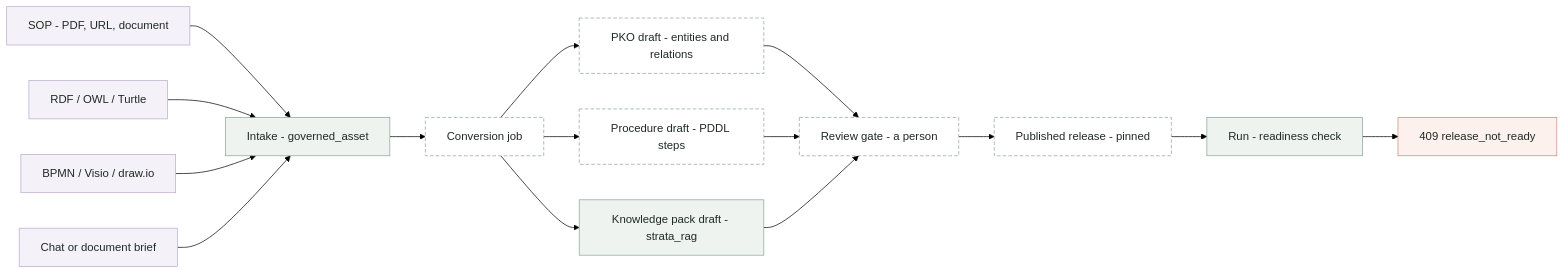
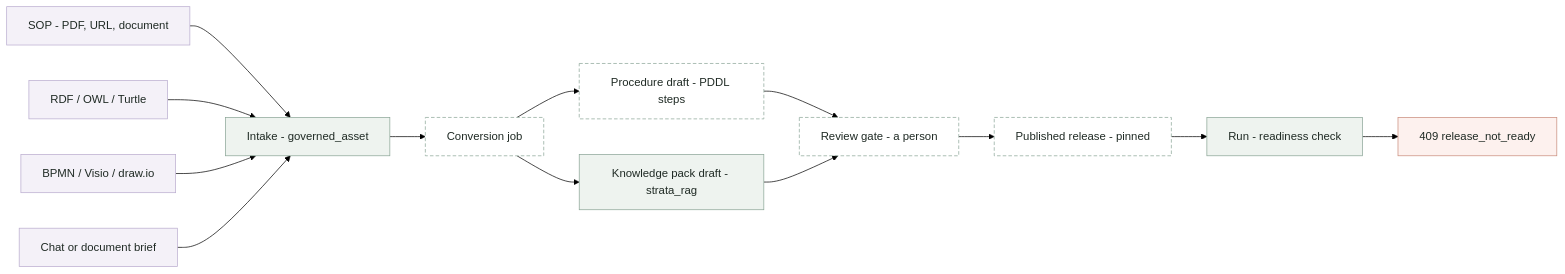
The diagram in docs/design/architecture/diagrams/knowledge-pipeline.mmd (nonagenticai/conveyor), drawn with Mermaid (forest theme) before and after one commit. The commit also changed 28 other files, not shown here.

```diff
--- a/docs/design/architecture/diagrams/knowledge-pipeline.mmd
+++ b/docs/design/architecture/diagrams/knowledge-pipeline.mmd
@@ -1,32 +1,29 @@
 flowchart LR
   S1["SOP - PDF, URL, document"]:::src
   S2["RDF / OWL / Turtle"]:::src
   S3["BPMN / Visio / draw.io"]:::src
   S4["Chat or document brief"]:::src
   ING["Intake - governed_asset"]:::v1
   CONV["Conversion job"]:::v2
-  PKO["PKO draft - entities and relations"]:::v2
   PROC["Procedure draft - PDDL steps"]:::v2
   PACK["Knowledge pack draft - strata_rag"]:::v1
   REV["Review gate - a person"]:::v2
   PUB["Published release - pinned"]:::v2
   RUN["Run - readiness check"]:::v1
   BLOCK["409 release_not_ready"]:::bad
   S1 --> ING
   S2 --> ING
   S3 --> ING
   S4 --> ING
   ING --> CONV
-  CONV --> PKO
   CONV --> PROC
   CONV --> PACK
-  PKO --> REV
   PROC --> REV
   PACK --> REV
   REV --> PUB
   PUB --> RUN
   RUN --> BLOCK
   classDef src fill:#f4f1f8,stroke:#b9acce,color:#1f2a24
   classDef v1 fill:#eef3ef,stroke:#8aa596,color:#1f2a24
   classDef v2 fill:#ffffff,stroke:#8aa596,stroke-dasharray:5 3,color:#1f2a24
   classDef bad fill:#fdf1ee,stroke:#c98b7b,color:#1f2a24
```
